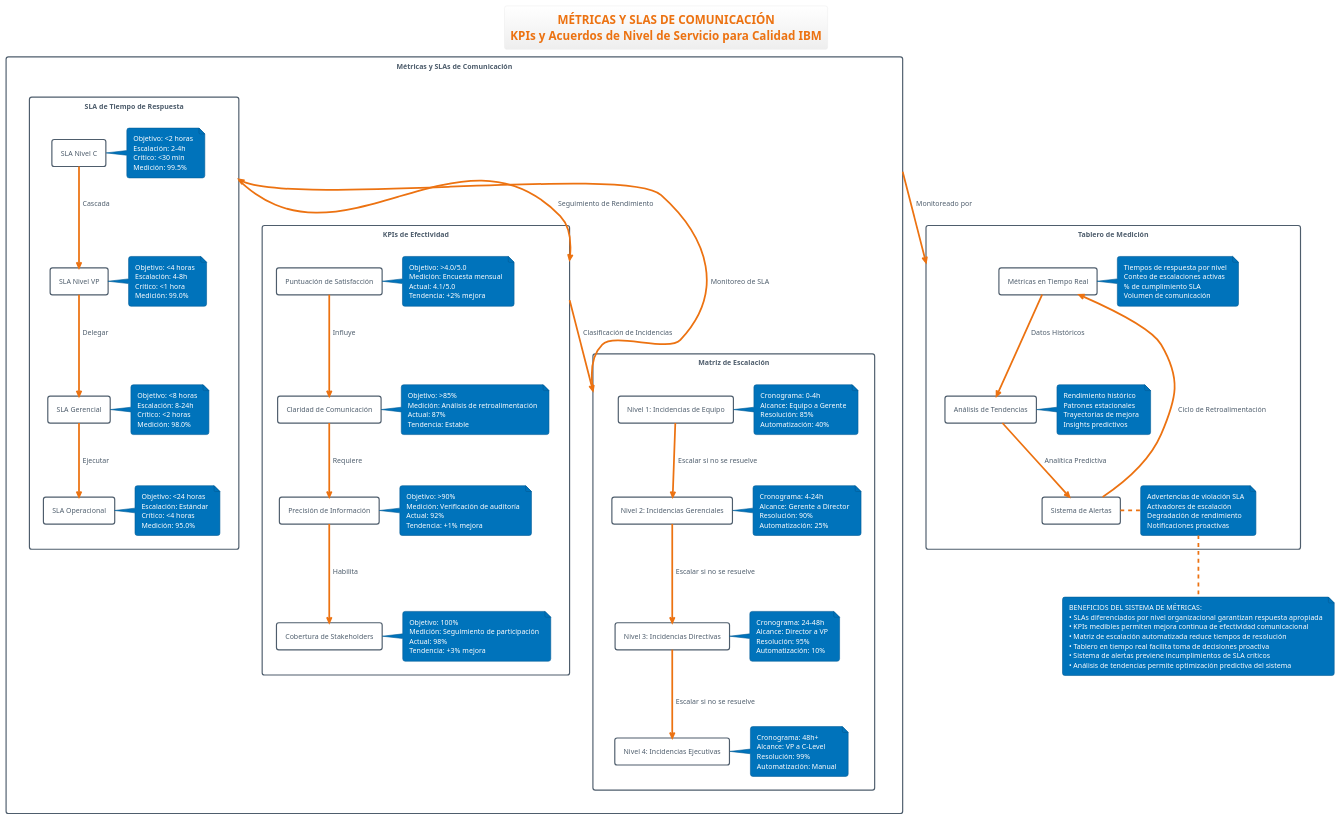
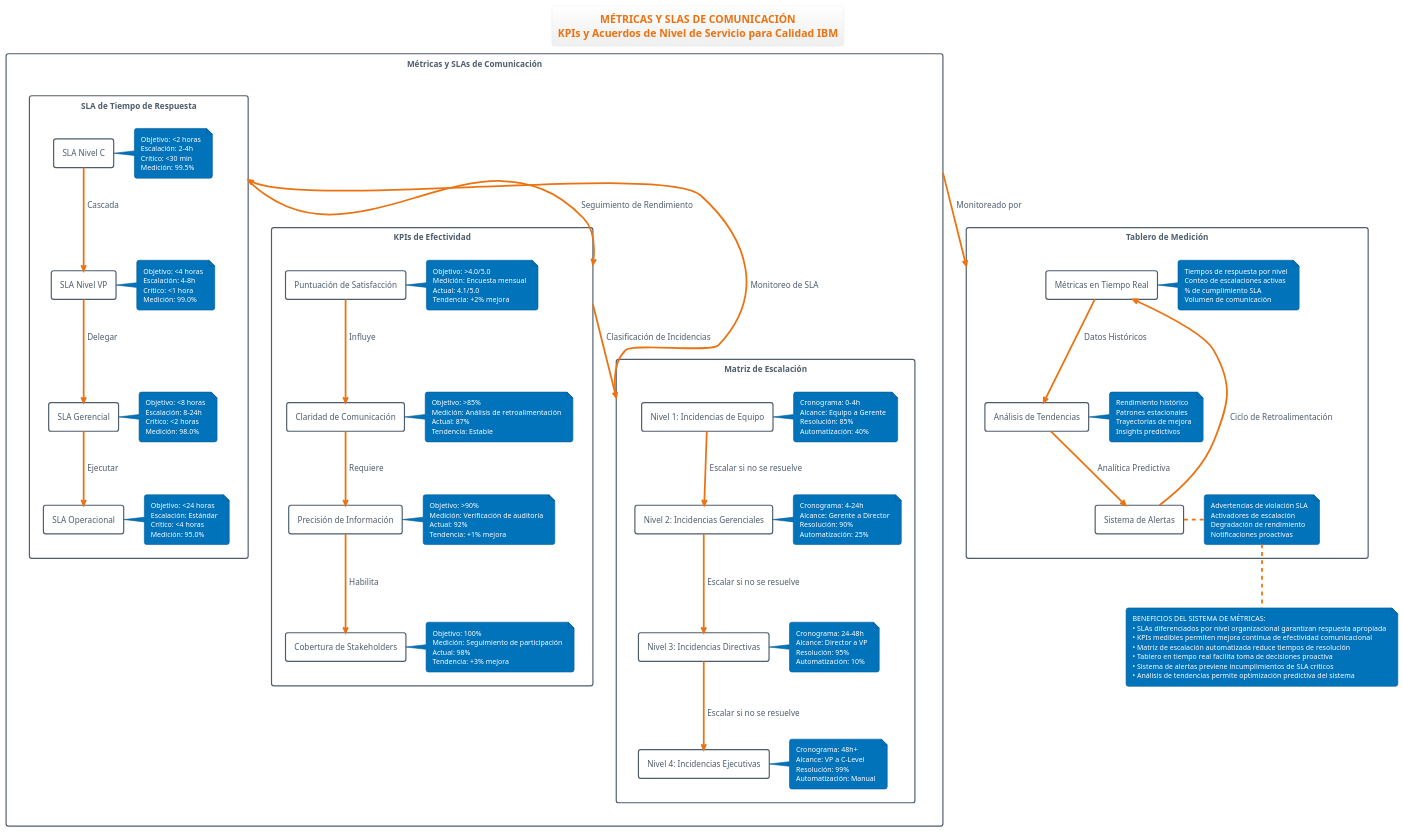
Before and after one commit to wilmereleon/An-lisis-IBM-Ciclo-de-procesos-de-software: the diagram in diagrams/diagramas_entrega_2/communication-metrics-slas-simple.puml, drawn with PlantUML. The commit also changed 2 other files, not shown here.

```diff
--- a/diagrams/diagramas_entrega_2/communication-metrics-slas-simple.puml
+++ b/diagrams/diagramas_entrega_2/communication-metrics-slas-simple.puml
@@ -1,95 +1,101 @@
 @startuml communication-metrics-slas-simple
 !theme aws-orange
 top to bottom direction
+
+skinparam defaultFontSize 14
+skinparam titleFontSize 18
+skinparam rectangleFontSize 14
+skinparam noteFontSize 12
+skinparam footerFontSize 12
 
 title MÉTRICAS Y SLAS DE COMUNICACIÓN\nKPIs y Acuerdos de Nivel de Servicio para Calidad IBM
 
 rectangle "Métricas y SLAs de Comunicación" as metrics {
     
     rectangle "SLA de Tiempo de Respuesta" as sla {
         rectangle "SLA Nivel C" as c_sla
         note right of c_sla : Objetivo: <2 horas\nEscalación: 2-4h\nCrítico: <30 min\nMedición: 99.5%
         
         rectangle "SLA Nivel VP" as vp_sla  
         note right of vp_sla : Objetivo: <4 horas\nEscalación: 4-8h\nCrítico: <1 hora\nMedición: 99.0%
         
         rectangle "SLA Gerencial" as mg_sla
         note right of mg_sla : Objetivo: <8 horas\nEscalación: 8-24h\nCrítico: <2 horas\nMedición: 98.0%
         
         rectangle "SLA Operacional" as op_sla
         note right of op_sla : Objetivo: <24 horas\nEscalación: Estándar\nCrítico: <4 horas\nMedición: 95.0%
         
         c_sla --> vp_sla : Cascada
         vp_sla --> mg_sla : Delegar
         mg_sla --> op_sla : Ejecutar
     }
     
     rectangle "KPIs de Efectividad" as kpis {
         rectangle "Puntuación de Satisfacción" as satisfaction
         note right of satisfaction : Objetivo: >4.0/5.0\nMedición: Encuesta mensual\nActual: 4.1/5.0\nTendencia: +2% mejora
         
         rectangle "Claridad de Comunicación" as clarity
         note right of clarity : Objetivo: >85%\nMedición: Análisis de retroalimentación\nActual: 87%\nTendencia: Estable
         
         rectangle "Precisión de Información" as accuracy
         note right of accuracy : Objetivo: >90%\nMedición: Verificación de auditoría\nActual: 92%\nTendencia: +1% mejora
         
         rectangle "Cobertura de Stakeholders" as coverage
         note right of coverage : Objetivo: 100%\nMedición: Seguimiento de participación\nActual: 98%\nTendencia: +3% mejora
         
         satisfaction --> clarity : Influye
         clarity --> accuracy : Requiere
         accuracy --> coverage : Habilita
     }
     
     rectangle "Matriz de Escalación" as matrix {
         rectangle "Nivel 1: Incidencias de Equipo" as level1
         note right of level1 : Cronograma: 0-4h\nAlcance: Equipo a Gerente\nResolución: 85%\nAutomatización: 40%
         
         rectangle "Nivel 2: Incidencias Gerenciales" as level2
         note right of level2 : Cronograma: 4-24h\nAlcance: Gerente a Director\nResolución: 90%\nAutomatización: 25%
         
         rectangle "Nivel 3: Incidencias Directivas" as level3
         note right of level3 : Cronograma: 24-48h\nAlcance: Director a VP\nResolución: 95%\nAutomatización: 10%
         
         rectangle "Nivel 4: Incidencias Ejecutivas" as level4
         note right of level4 : Cronograma: 48h+\nAlcance: VP a C-Level\nResolución: 99%\nAutomatización: Manual
         
         level1 --> level2 : Escalar si no se resuelve
         level2 --> level3 : Escalar si no se resuelve
         level3 --> level4 : Escalar si no se resuelve
     }
     
     sla --> kpis : Seguimiento de Rendimiento
     kpis --> matrix : Clasificación de Incidencias
     matrix --> sla : Monitoreo de SLA
 }
 
 rectangle "Tablero de Medición" as dashboard {
     rectangle "Métricas en Tiempo Real" as realtime
     note right of realtime : Tiempos de respuesta por nivel\nConteo de escalaciones activas\n% de cumplimiento SLA\nVolumen de comunicación
     
     rectangle "Análisis de Tendencias" as trends
     note right of trends : Rendimiento histórico\nPatrones estacionales\nTrayectorias de mejora\nInsights predictivos
     
     rectangle "Sistema de Alertas" as alerts
     note right of alerts : Advertencias de violación SLA\nActivadores de escalación\nDegradación de rendimiento\nNotificaciones proactivas
     
     realtime --> trends : Datos Históricos
     trends --> alerts : Analítica Predictiva
     alerts --> realtime : Ciclo de Retroalimentación
 }
 
 metrics --> dashboard : Monitoreado por
 
 note bottom
 BENEFICIOS DEL SISTEMA DE MÉTRICAS:
 • SLAs diferenciados por nivel organizacional garantizan respuesta apropiada
 • KPIs medibles permiten mejora continua de efectividad comunicacional
 • Matriz de escalación automatizada reduce tiempos de resolución
 • Tablero en tiempo real facilita toma de decisiones proactiva
 • Sistema de alertas previene incumplimientos de SLA críticos
 • Análisis de tendencias permite optimización predictiva del sistema
 end note
 
 @enduml
```
